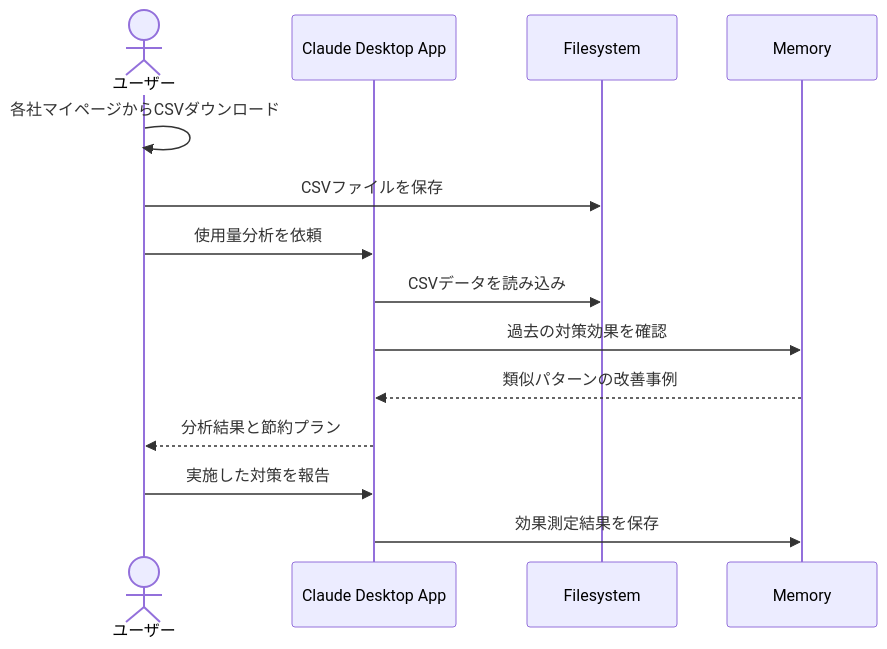
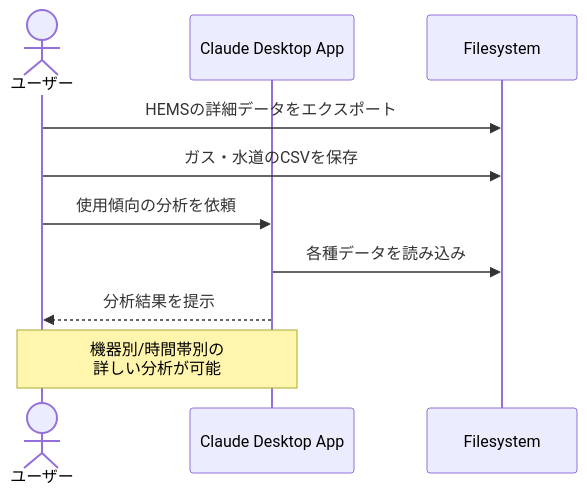
One commit to po-shu/mcp-100-ideas changed the diagram in docs/04_生活/光熱費CSVから傾向を分析する.md. Above: the diagram before and after it, drawn with Mermaid. The commit also changed other lines of this file and 7 other files, not shown here.

````diff
--- a/docs/04_生活/光熱費CSVから傾向を分析する.md
+++ b/docs/04_生活/光熱費CSVから傾向を分析する.md
@@ -17,17 +16,13 @@
 ```mermaid
 sequenceDiagram
     actor User as ユーザー
-    participant Claude as Claude Desktop App
+    participant CAP as Claude Desktop App
     participant FS as Filesystem
-    participant Mem as Memory
 
-    User->>User: 各社マイページからCSVダウンロード
-    User->>FS: CSVファイルを保存
-    User->>Claude: 使用量分析を依頼
-    Claude->>FS: CSVデータを読み込み
-    Claude->>Mem: 過去の対策効果を確認
-    Mem-->>Claude: 類似パターンの改善事例
-    Claude-->>User: 分析結果と節約プラン
-    User->>Claude: 実施した対策を報告
-    Claude->>Mem: 効果測定結果を保存
+    User->>FS: HEMSの詳細データをエクスポート
+    User->>FS: ガス・水道のCSVを保存
+    User->>CAP: 使用傾向の分析を依頼
+    CAP->>FS: 各種データを読み込み
+    CAP-->>User: 分析結果を提示
+    Note over CAP,User: 機器別/時間帯別の<br>詳しい分析が可能
 ```
````
